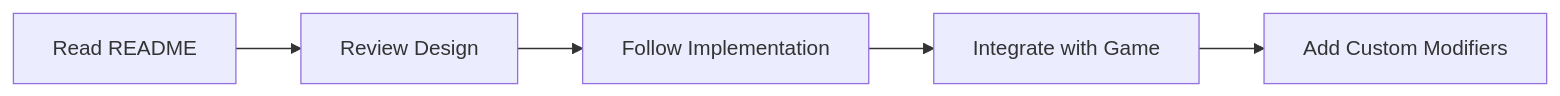
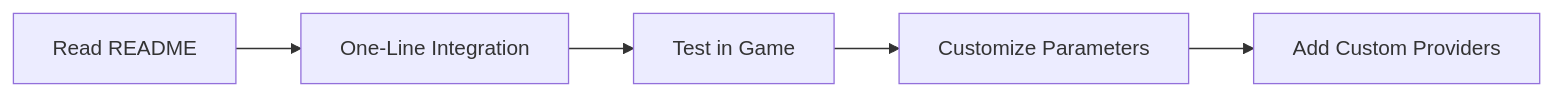
Before and after one commit to The1Studio/DynamicUserDifficulty: the diagram in README.md, drawn with Mermaid. The commit also changed other lines of this file and 31 other files, not shown here.

````diff
--- a/README.md
+++ b/README.md
@@ -162,7 +234,7 @@
 ```mermaid
 graph LR
-    A[Read README] --> B[Review Design]
-    B --> C[Follow Implementation]
-    C --> D[Integrate with Game]
-    D --> E[Add Custom Modifiers]
+    A[Read README] --> B[One-Line Integration]
+    B --> C[Test in Game]
+    C --> D[Customize Parameters]
+    D --> E[Add Custom Providers]
 ```
````
